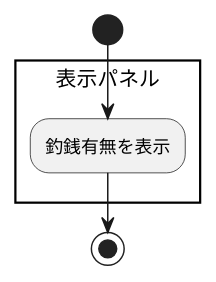
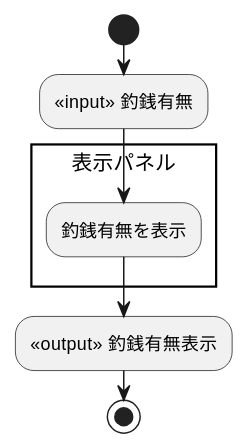
The diagram in アクティビティ図_機能/釣銭有無を表示する.wsd (masaki-kato-119/VendingMachine), drawn with PlantUML before and after one commit. The commit also changed 11 other files, not shown here.

Commit message:
Add sequence diagrams to verify functionality

```diff
--- a/アクティビティ図_機能/釣銭有無を表示する.wsd
+++ b/アクティビティ図_機能/釣銭有無を表示する.wsd
@@ -1,7 +1,9 @@
 @startuml
 start
+:<<input>> 釣銭有無;
 rectangle 表示パネル {
     :釣銭有無を表示;
 }
+:<<output>> 釣銭有無表示;
 stop
 @enduml
```
